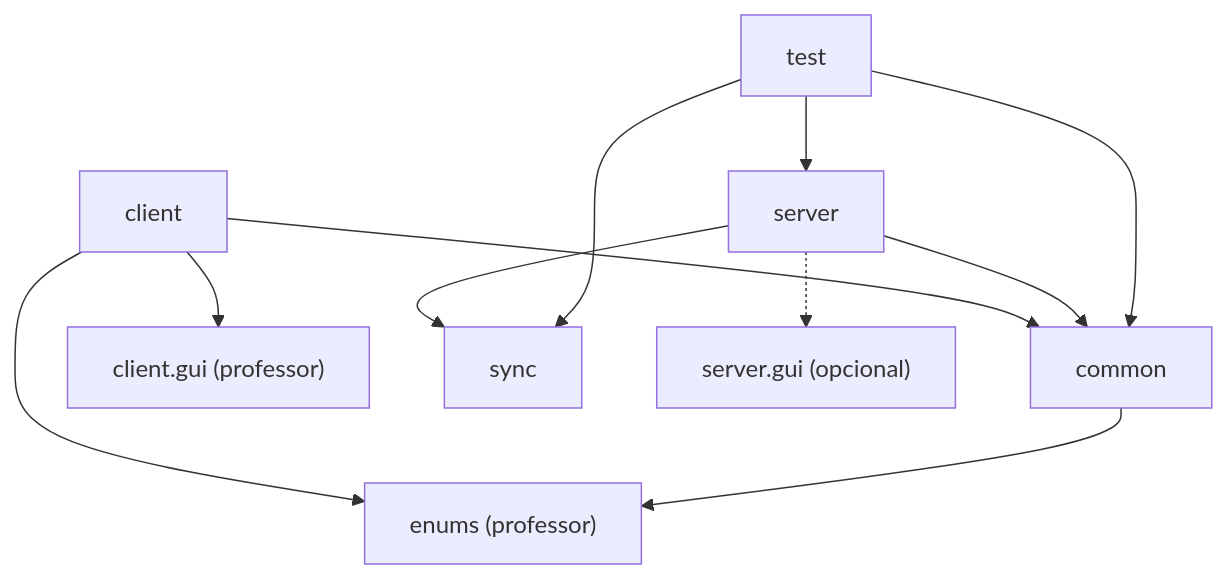
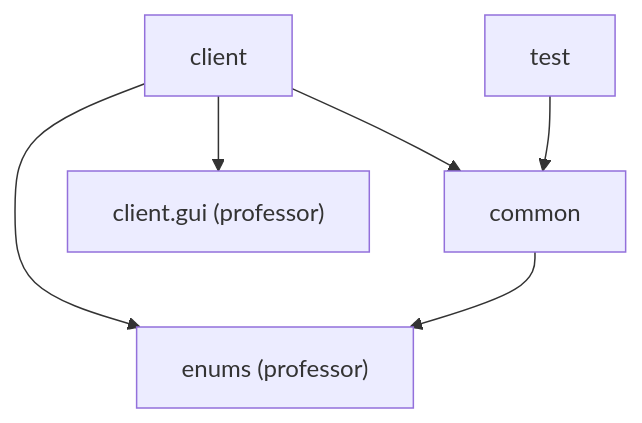
One commit to FredsonMu/IscoT-pcd changed the third of 4 diagrams in docs/02-arquitetura.md. Above: the diagram before and after it, drawn with Mermaid. The commit also changed other lines of this file and 70 other files, not shown here.

````diff
--- a/docs/02-arquitetura.md
+++ b/docs/02-arquitetura.md
@@ -90,13 +86,8 @@
 ```mermaid
 flowchart TD
   client --> common
-  client --> clientgui["client.gui (professor)"]
+  client --> gui["client.gui (professor)"]
   client --> enums["enums (professor)"]
   common --> enums
-  server --> common
-  server --> sync
-  server -.-> servergui["server.gui (opcional)"]
-  test --> server
-  test --> sync
   test --> common
 ```
````
